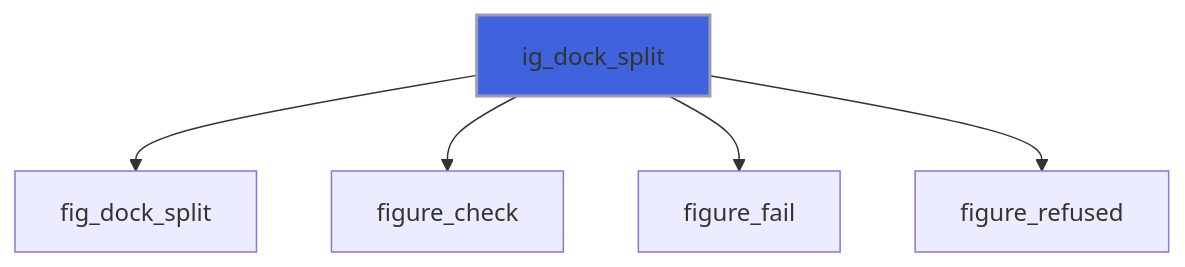
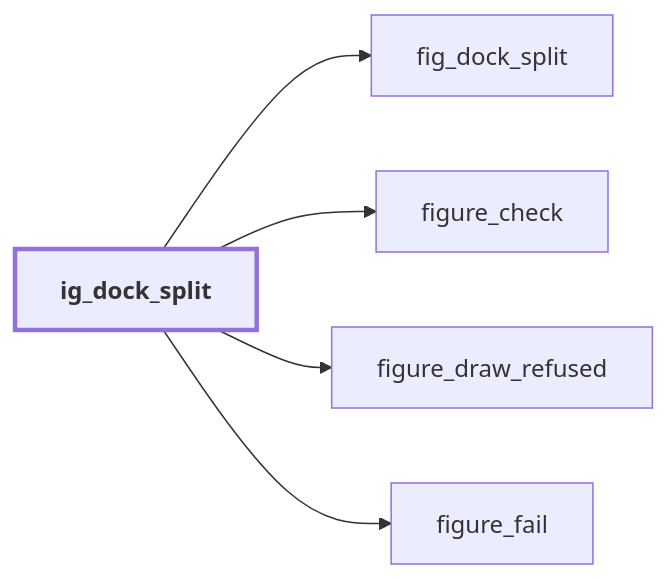
Before and after one commit to szaghi/figure: the third of 9 diagrams in docs/api/src/lib/figure_dock.md, drawn with Mermaid. The commit also changed other lines of this file and 54 other files, not shown here.

````diff
--- a/docs/api/src/lib/figure_dock.md
+++ b/docs/api/src/lib/figure_dock.md
@@ -113,8 +125,13 @@
 ```mermaid
-flowchart TD
+flowchart LR
   ig_dock_split["ig_dock_split"] --> fig_dock_split["fig_dock_split"]
   ig_dock_split["ig_dock_split"] --> figure_check["figure_check"]
+  ig_dock_split["ig_dock_split"] --> figure_draw_refused["figure_draw_refused"]
   ig_dock_split["ig_dock_split"] --> figure_fail["figure_fail"]
-  ig_dock_split["ig_dock_split"] --> figure_refused["figure_refused"]
-  style ig_dock_split fill:#3e63dd,stroke:#99b,stroke-width:2px
+  classDef focus stroke-width:3px,font-weight:bold
+  class ig_dock_split focus
+  click figure_draw_refused href "figure_base.html#figure-draw-refused" "figure_draw_refused"
+  click figure_fail href "figure_base.html#figure-fail" "figure_fail"
+  click figure_check href "figure_base.html#figure-check" "figure_check"
+  click fig_dock_split href "figure_c_native.html#fig-dock-split" "fig_dock_split"
 ```
````
